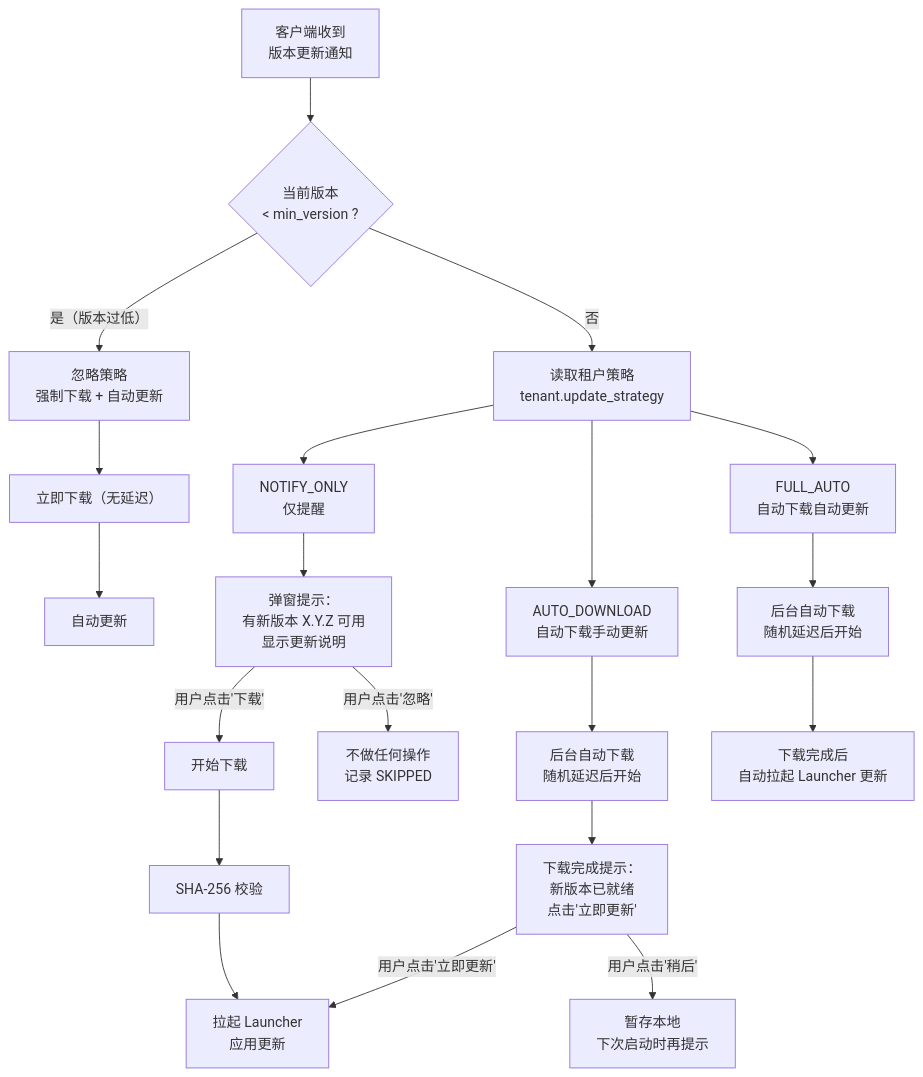
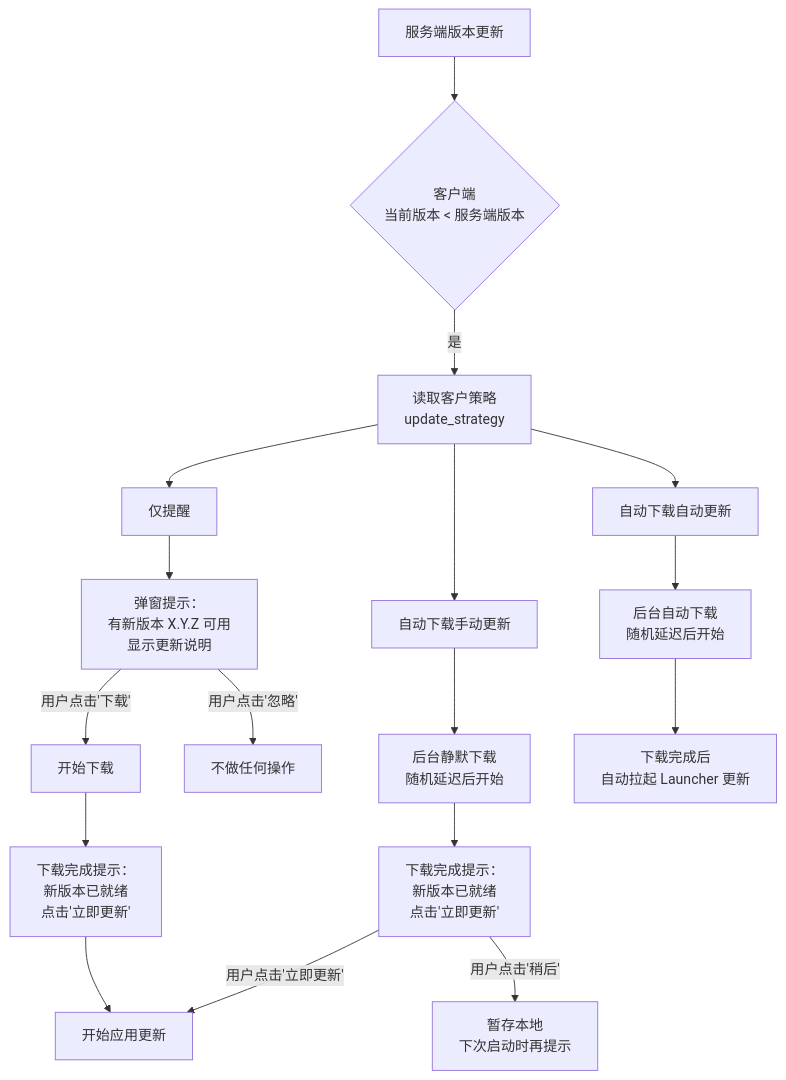
The fifth of 9 diagrams in docs/适用于生产现状的版本更新方案.md (zhangpeng3710/nettydemo), drawn with Mermaid before and after one commit. The commit also changed other lines of this file and 1 other file, not shown here.

````diff
--- a/docs/适用于生产现状的版本更新方案.md
+++ b/docs/适用于生产现状的版本更新方案.md
@@ -326,29 +324,26 @@
 ```mermaid
 flowchart TD
-    RECEIVE["客户端收到<br/>版本更新通知"] --> CHECK_MIN{"当前版本<br/>< min_version ?"}
+    RECEIVE["服务端版本更新"] --> CHECK_MIN{"客户端<br/>当前版本 < 服务端版本"}
     
-    CHECK_MIN --> |"是（版本过低）"| FORCE["忽略策略<br/>强制下载 + 自动更新"]
-    CHECK_MIN --> |"否"| READ_STRATEGY["读取租户策略<br/>tenant.update_strategy"]
+    CHECK_MIN --> |"是"| READ_STRATEGY["读取客户策略<br/>update_strategy"]
     
-    READ_STRATEGY --> NOTIFY["NOTIFY_ONLY<br/>仅提醒"]
-    READ_STRATEGY --> AUTO_DL["AUTO_DOWNLOAD<br/>自动下载手动更新"]
-    READ_STRATEGY --> FULL["FULL_AUTO<br/>自动下载自动更新"]
+    READ_STRATEGY --> NOTIFY["仅提醒"]
+    READ_STRATEGY --> AUTO_DL["自动下载手动更新"]
+    READ_STRATEGY --> FULL["自动下载自动更新"]
     
     NOTIFY --> POPUP1["弹窗提示：<br/>有新版本 X.Y.Z 可用<br/>显示更新说明"]
     POPUP1 --> |"用户点击'下载'"| DL1["开始下载"]
-    POPUP1 --> |"用户点击'忽略'"| IGNORE["不做任何操作<br/>记录 SKIPPED"]
+    POPUP1 --> |"用户点击'忽略'"| IGNORE["不做任何操作"]
     
-    AUTO_DL --> DL_BG["后台自动下载<br/>随机延迟后开始"]
+    AUTO_DL --> DL_BG["后台静默下载<br/>随机延迟后开始"]
     DL_BG --> DONE["下载完成提示：<br/>新版本已就绪<br/>点击'立即更新'"]
-    DONE --> |"用户点击'立即更新'"| APPLY["拉起 Launcher<br/>应用更新"]
+    DONE --> |"用户点击'立即更新'"| APPLY["开始应用更新"]
     DONE --> |"用户点击'稍后'"| WAIT["暂存本地<br/>下次启动时再提示"]
     
     FULL --> DL_BG2["后台自动下载<br/>随机延迟后开始"]
     DL_BG2 --> APPLY2["下载完成后<br/>自动拉起 Launcher 更新"]
+
+    DL1 --> VERIFY["下载完成提示：<br/>新版本已就绪<br/>点击'立即更新'"]
     
-    FORCE --> DL_FORCE["立即下载（无延迟）"]
-    DL_FORCE --> APPLY3["自动更新"]
-    
-    DL1 --> VERIFY["SHA-256 校验"]
     VERIFY --> APPLY
 ```
````
